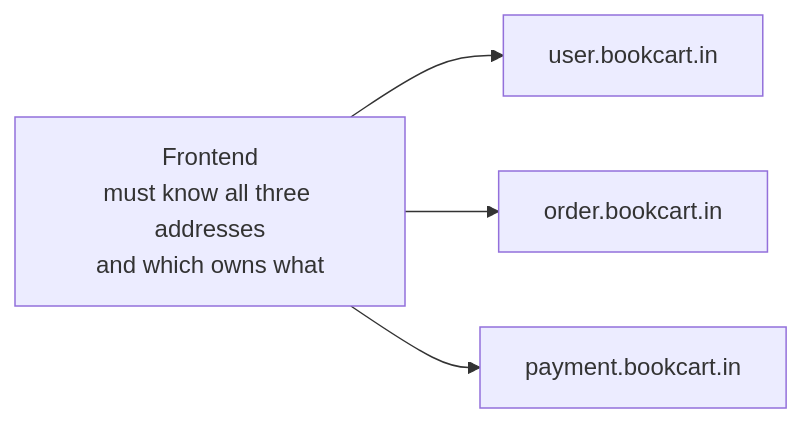
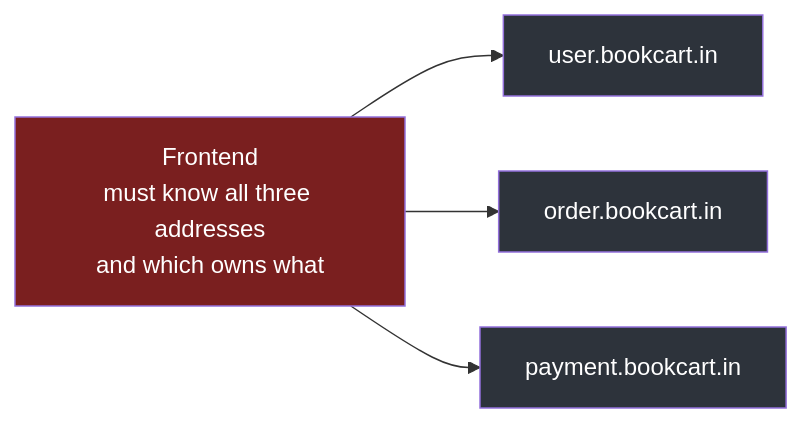
Before and after one commit to Dummy-Bug/system-design-handbook: the second of 5 diagrams in Devops/04-Networking/07-API-Gateway.md, drawn with Mermaid. The commit also changed other lines of this file and 53 other files, not shown here.

````diff
--- a/Devops/04-Networking/07-API-Gateway.md
+++ b/Devops/04-Networking/07-API-Gateway.md
@@ -37,6 +41,10 @@
 ```mermaid
 flowchart LR
     F["Frontend<br/>must know all three addresses<br/>and which owns what"] --> U["user.bookcart.in"]
     F --> O["order.bookcart.in"]
     F --> P["payment.bookcart.in"]
+    style F fill:#7a1f1f,color:#fff
+    style U fill:#2d333b,color:#fff
+    style O fill:#2d333b,color:#fff
+    style P fill:#2d333b,color:#fff
 ```
````
